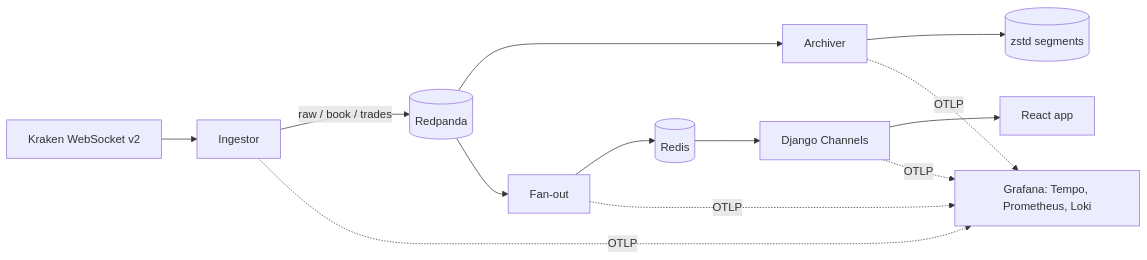
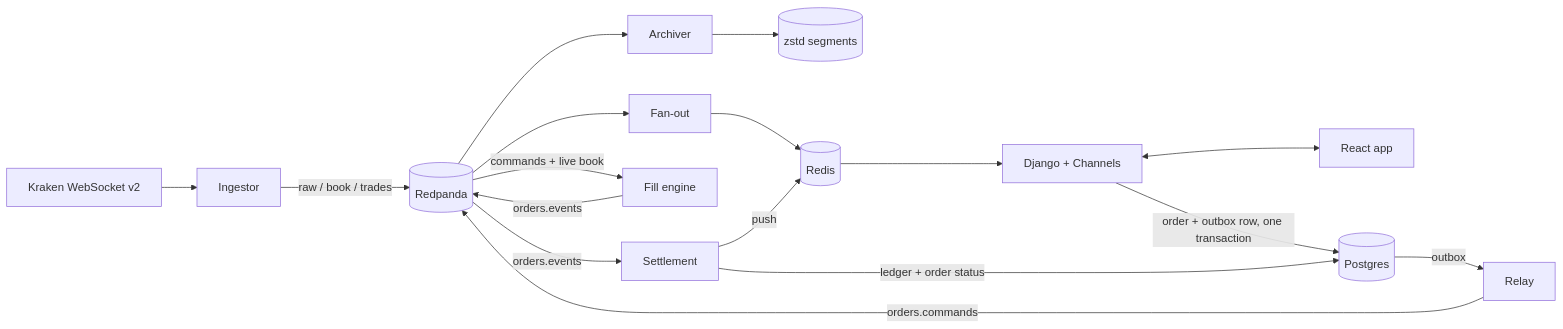
One commit to owenw-28/live-paper-trading-exchange changed the diagram in README.md. Above: the diagram before and after it, drawn with Mermaid. The commit also changed other lines of this file and 2 other files, not shown here.

````diff
--- a/README.md
+++ b/README.md
@@ -22,9 +34,14 @@
 ```mermaid
 flowchart LR
     K[Kraken WebSocket v2] --> I[Ingestor]
     I -- raw / book / trades --> R[(Redpanda)]
     R --> A[Archiver] --> F[(zstd segments)]
     R --> O[Fan-out] --> X[(Redis)]
-    X --> W[Django Channels] --> B[React app]
-    I & A & O & W -. OTLP .-> G[Grafana: Tempo, Prometheus, Loki]
+    X --> W[Django + Channels] <--> B[React app]
+
+    W -- order + outbox row, one transaction --> P[(Postgres)]
+    P -- outbox --> L[Relay] -- orders.commands --> R
+    R -- commands + live book --> E[Fill engine] -- orders.events --> R
+    R -- orders.events --> S[Settlement] -- ledger + order status --> P
+    S -- push --> X
 ```
````
